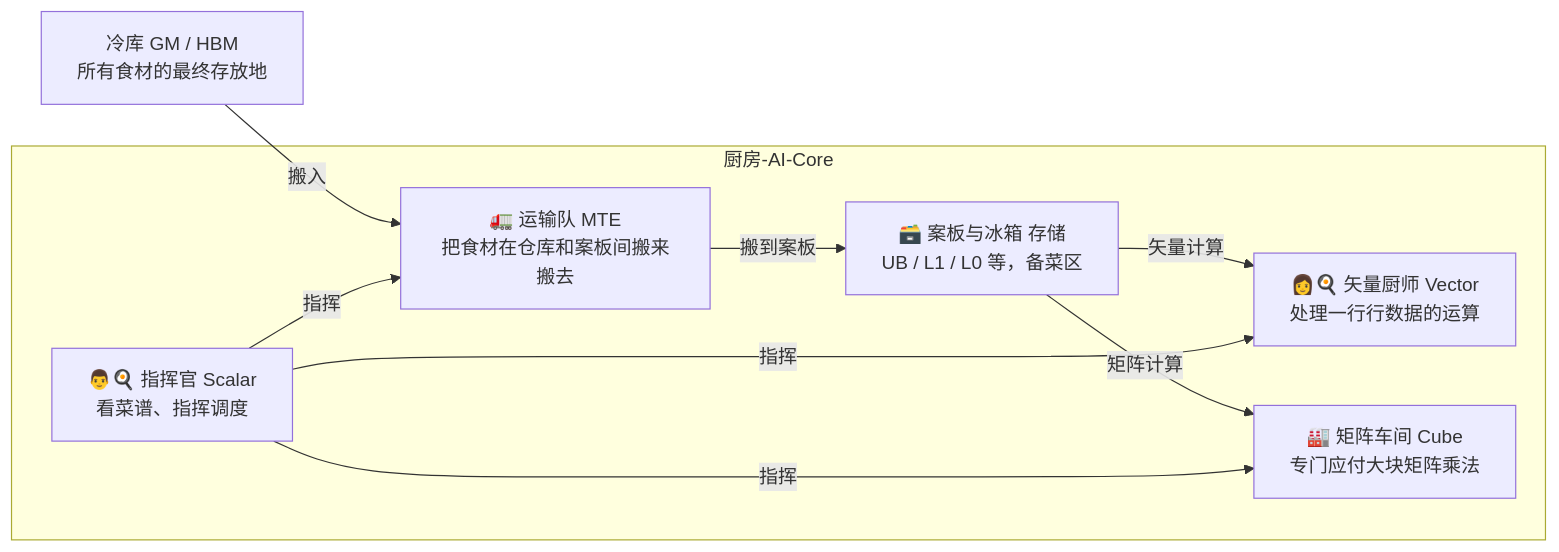
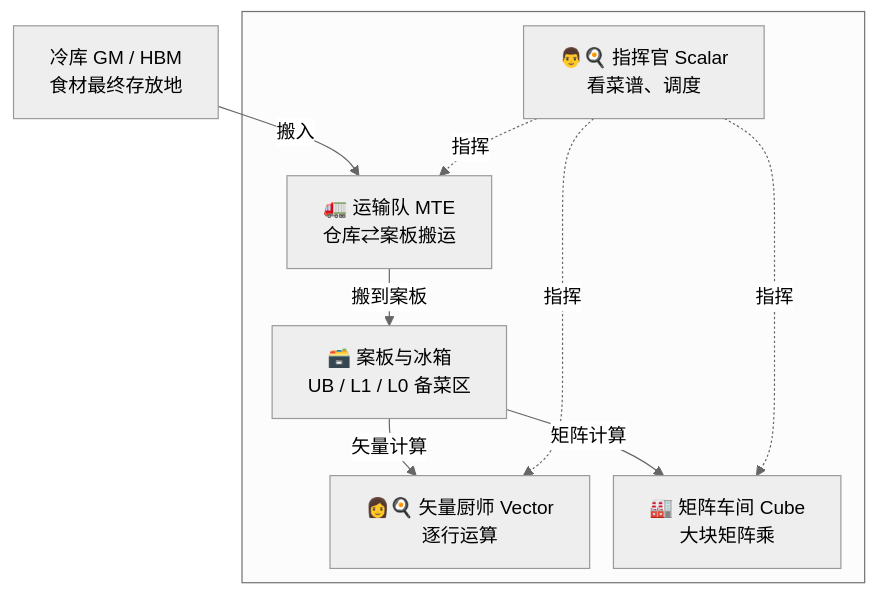
One commit to hb4ch/ascend-book changed the second of 3 diagrams in docs/01-platform/ch01-overview.md. Above: the diagram before and after it, drawn with Mermaid. The commit also changed other lines of this file and 1 other file, not shown here.

````diff
--- a/docs/01-platform/ch01-overview.md
+++ b/docs/01-platform/ch01-overview.md
@@ -265,17 +251,18 @@
 ```mermaid
-flowchart LR
-    subgraph 厨房-AI-Core
-        C["👨🍳 指挥官 Scalar<br/>看菜谱、指挥调度"] 
-        V["👩🍳 矢量厨师 Vector<br/>处理一行行数据的运算"]
-        M["🏭 矩阵车间 Cube<br/>专门应付大块矩阵乘法"]
-        T["🚛 运输队 MTE<br/>把食材在仓库和案板间搬来搬去"]
-        S["🗃️ 案板与冰箱 存储<br/>UB / L1 / L0 等，备菜区"]
+%%{init: {'theme':'neutral','flowchart':{'nodeSpacing':20,'rankSpacing':24}}}%%
+flowchart TB
+    GM["冷库 GM / HBM<br/>食材最终存放地"] -->|"搬入"| T
+    subgraph K [" "]
+        T["🚛 运输队 MTE<br/>仓库⇄案板搬运"]
+        S["🗃️ 案板与冰箱<br/>UB / L1 / L0 备菜区"]
+        V["👩🍳 矢量厨师 Vector<br/>逐行运算"]
+        M["🏭 矩阵车间 Cube<br/>大块矩阵乘"]
+        C["👨🍳 指挥官 Scalar<br/>看菜谱、调度"]
     end
-    GM["冷库 GM / HBM<br/>所有食材的最终存放地"] -->|"搬入"| T
     T -->|"搬到案板"| S
     S -->|"矢量计算"| V
     S -->|"矩阵计算"| M
-    C -->|"指挥"| V
-    C -->|"指挥"| M
-    C -->|"指挥"| T
+    C -.->|"指挥"| V
+    C -.->|"指挥"| M
+    C -.->|"指挥"| T
 ```
````
